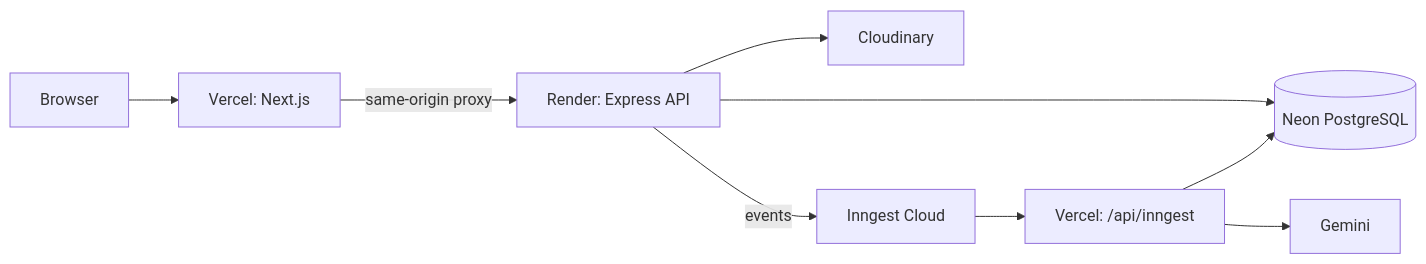
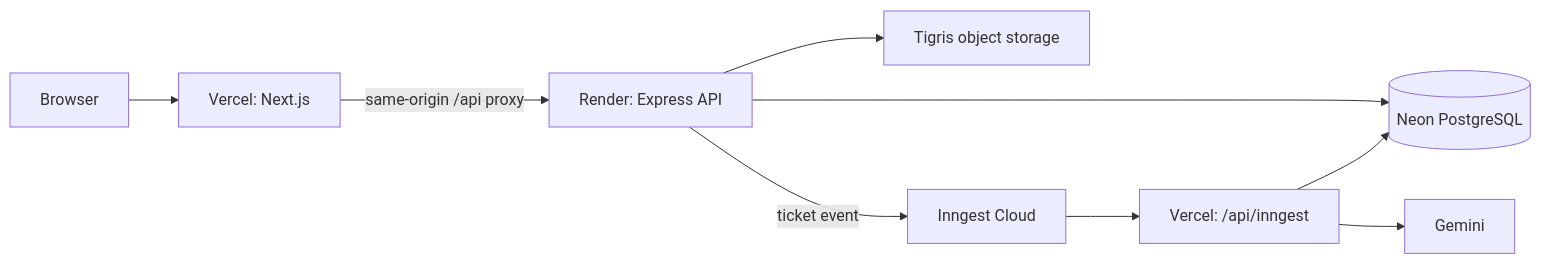
One commit to kartikey2004-git/BookLeaf changed the diagram in docs/deployment/render-production-deployment-guide.md. Above: the diagram before and after it, drawn with Mermaid. The commit also changed other lines of this file and 15 other files, not shown here.

````diff
--- a/docs/deployment/render-production-deployment-guide.md
+++ b/docs/deployment/render-production-deployment-guide.md
@@ -5,11 +5,11 @@
 ```mermaid
 flowchart LR
   Browser --> Web[Vercel: Next.js]
-  Web -->|same-origin proxy| API[Render: Express API]
+  Web -->|same-origin /api proxy| API[Render: Express API]
   API --> Neon[(Neon PostgreSQL)]
-  API --> Cloudinary[Cloudinary]
-  API -->|events| Inngest[Inngest Cloud]
+  API --> Tigris[Tigris object storage]
+  API -->|ticket event| Inngest[Inngest Cloud]
   Inngest --> Jobs[Vercel: /api/inngest]
   Jobs --> Neon
   Jobs --> Gemini[Gemini]
 ```
````
